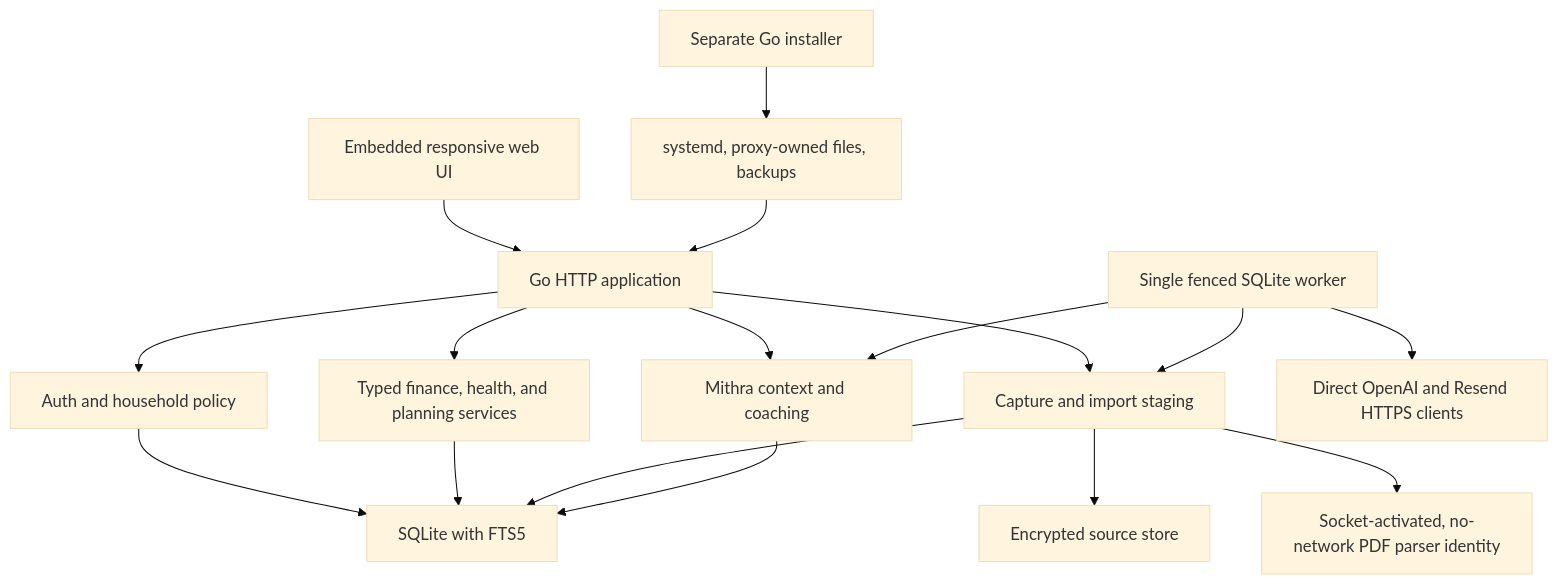
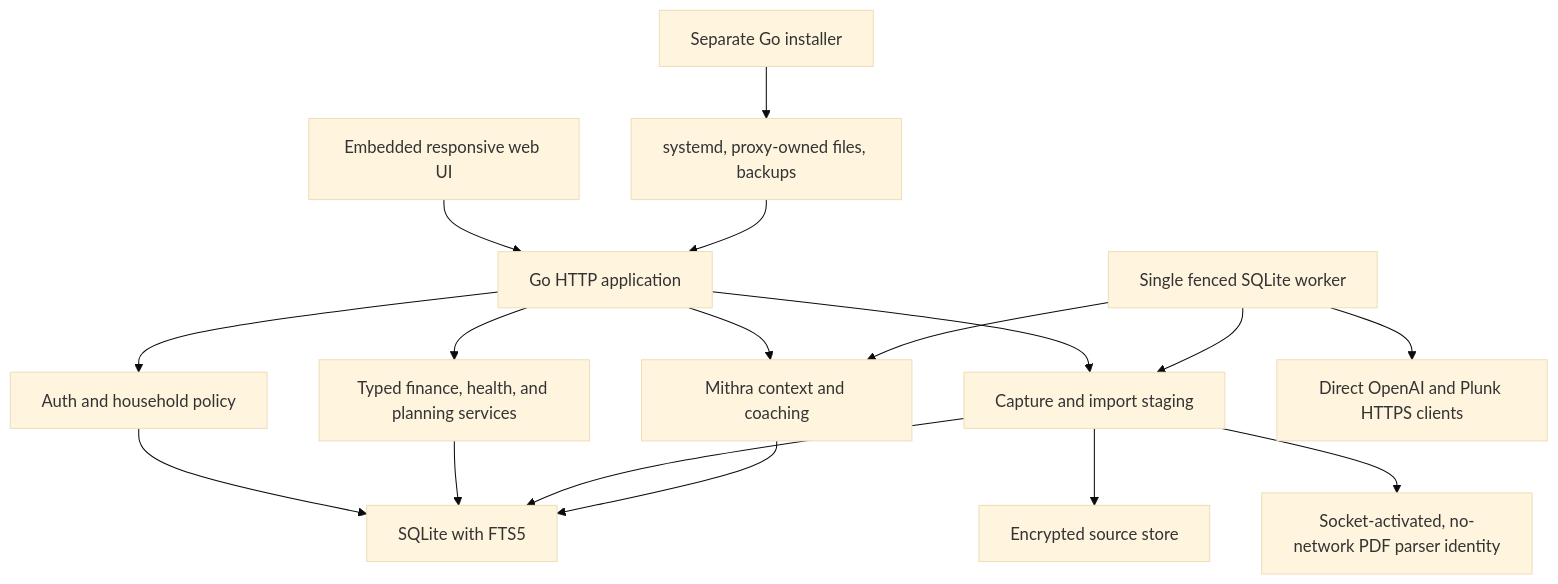
The first of 5 diagrams in documentation/plans/2026-07-18-001-feat-mithra-v1-superapp-plan.md (glnarayanan/mithra), drawn with Mermaid (base theme) before and after one commit. The commit also changed other lines of this file and 20 other files, not shown here.

````diff
--- a/documentation/plans/2026-07-18-001-feat-mithra-v1-superapp-plan.md
+++ b/documentation/plans/2026-07-18-001-feat-mithra-v1-superapp-plan.md
@@ -258,19 +258,19 @@
 ```mermaid
 flowchart TB
   Browser["Embedded responsive web UI"] --> HTTP["Go HTTP application"]
   HTTP --> Auth["Auth and household policy"]
   HTTP --> Domains["Typed finance, health, and planning services"]
   HTTP --> Capture["Capture and import staging"]
   HTTP --> Coach["Mithra context and coaching"]
   Auth --> DB["SQLite with FTS5"]
   Domains --> DB
   Capture --> DB
   Coach --> DB
   Capture --> Files["Encrypted source store"]
   Worker["Single fenced SQLite worker"] --> Capture
   Worker --> Coach
-  Worker --> Providers["Direct OpenAI and Resend HTTPS clients"]
+  Worker --> Providers["Direct OpenAI and Plunk HTTPS clients"]
   Capture --> Parser["Socket-activated, no-network PDF parser identity"]
   Installer["Separate Go installer"] --> Runtime["systemd, proxy-owned files, backups"]
   Runtime --> HTTP
 ```
````
